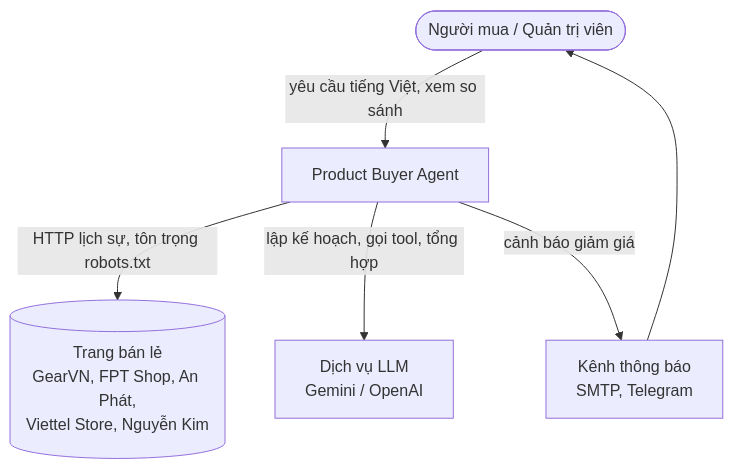
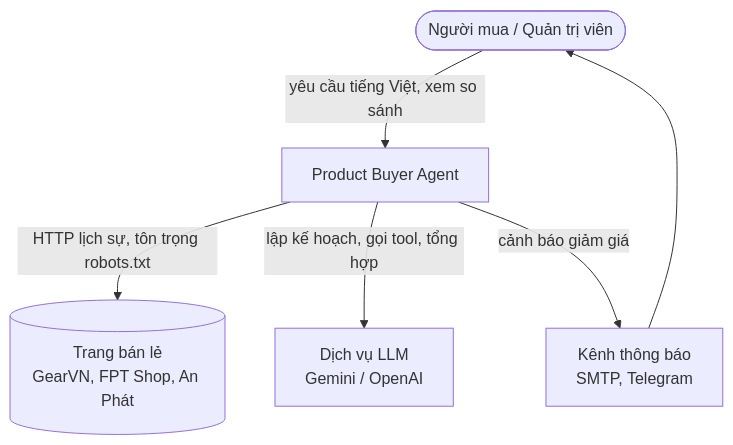
One commit to VUTIENTHANG2k4/product-buyer-agent changed the first of 5 diagrams in docs/03-architecture.md. Above: the diagram before and after it, drawn with Mermaid. The commit also changed other lines of this file and 22 other files, not shown here.

First line of the commit message:
feat(T10.1): FPT Shop live search; drop Viettel Store and Nguyen Kim from tier 2

````diff
--- a/docs/03-architecture.md
+++ b/docs/03-architecture.md
@@ -16,13 +16,13 @@
 ```mermaid
 flowchart TB
   user([Người mua / Quản trị viên])
   system[Product Buyer Agent]
-  shops[(Trang bán lẻ<br/>GearVN, FPT Shop, An Phát,<br/>Viettel Store, Nguyễn Kim)]
+  shops[(Trang bán lẻ<br/>GearVN, FPT Shop, An Phát)]
   llm[Dịch vụ LLM<br/>Gemini / OpenAI]
   notify[Kênh thông báo<br/>SMTP, Telegram]
   user -- "yêu cầu tiếng Việt, xem so sánh" --> system
   system -- "HTTP lịch sự, tôn trọng robots.txt" --> shops
   system -- "lập kế hoạch, gọi tool, tổng hợp" --> llm
   system -- "cảnh báo giảm giá" --> notify
   notify --> user
 ```
````
